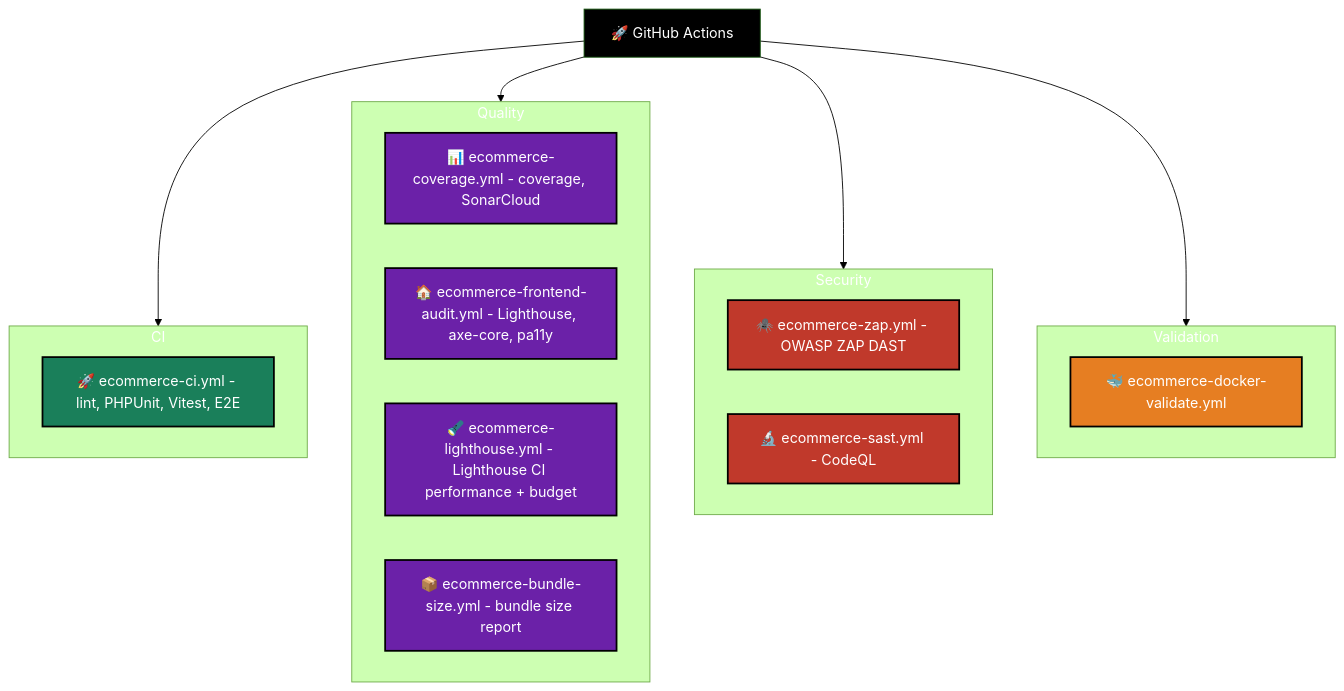
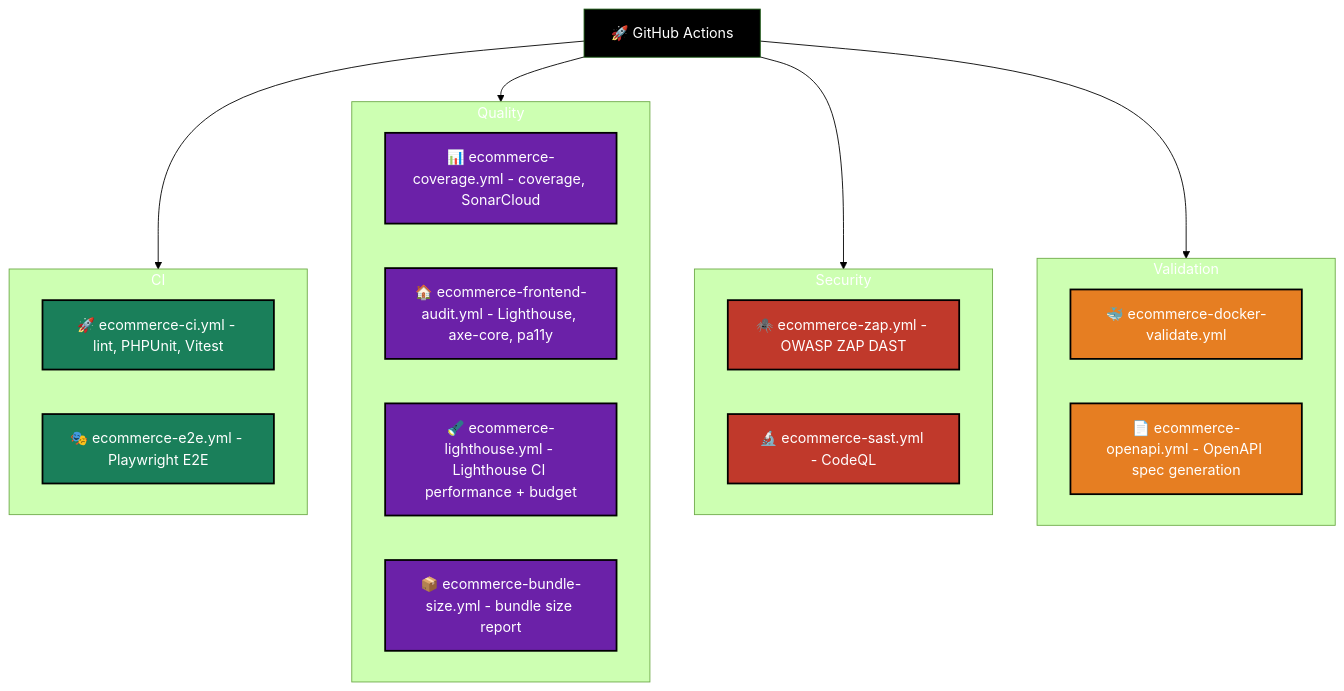
Before and after one commit to developer-samuel/levelup-store: the diagram in apps/ecommerce/docs/diagrams/graphs/tooling/workflows.mmd, drawn with Mermaid (forest theme). The commit also changed 5 other files, not shown here.

Commit message:
docs: update diagrams and deployment docs to reflect staging branch and missing workflows

```diff
--- a/apps/ecommerce/docs/diagrams/graphs/tooling/workflows.mmd
+++ b/apps/ecommerce/docs/diagrams/graphs/tooling/workflows.mmd
@@ -1,44 +1,46 @@
 graph TD
     %% Class Styles
     classDef root fill:#000, color:#fff;
     classDef ci fill:#1a7f5a, color:#fff, stroke:#000, stroke-width:2px;
     classDef quality fill:#6b21a8, color:#fff, stroke:#000, stroke-width:2px;
     classDef security fill:#c0392b, color:#fff, stroke:#000, stroke-width:2px;
     classDef validation fill:#e67e22, color:#fff, stroke:#000, stroke-width:2px;
 
     %% Root
     GHA[🚀 GitHub Actions]:::root
 
     %% ── CI ────────────────────────────────────────────────────────────────────
 
     subgraph CI["CI"]
-        CIYml[🚀 ecommerce-ci.yml - lint, PHPUnit, Vitest, E2E]:::ci
+        CIYml[🚀 ecommerce-ci.yml - lint, PHPUnit, Vitest]:::ci
+        E2EYml[🎭 ecommerce-e2e.yml - Playwright E2E]:::ci
     end
 
     %% ── Quality ───────────────────────────────────────────────────────────────
 
     subgraph Quality["Quality"]
         Coverage[📊 ecommerce-coverage.yml - coverage, SonarCloud]:::quality
         FrontendAudit[🏠 ecommerce-frontend-audit.yml - Lighthouse, axe-core, pa11y]:::quality
         LighthouseCI[🔦 ecommerce-lighthouse.yml - Lighthouse CI performance + budget]:::quality
         BundleSize[📦 ecommerce-bundle-size.yml - bundle size report]:::quality
     end
 
     %% ── Security ──────────────────────────────────────────────────────────────
 
     subgraph Security["Security"]
         Zap[🕷️ ecommerce-zap.yml - OWASP ZAP DAST]:::security
         Sast[🔬 ecommerce-sast.yml - CodeQL]:::security
     end
 
     %% ── Validation ────────────────────────────────────────────────────────────
 
     subgraph Validation["Validation"]
         DockerValidate[🐳 ecommerce-docker-validate.yml]:::validation
+        OpenApi[📄 ecommerce-openapi.yml - OpenAPI spec generation]:::validation
     end
 
     %% Connections
     GHA --> CI
     GHA --> Quality
     GHA --> Security
     GHA --> Validation
```
